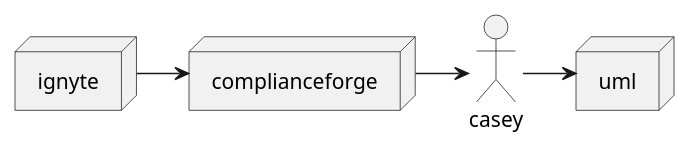
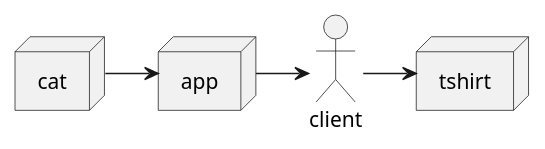
The diagram in ignyteforge-uml.iuml (Ignyte-Assurance-Platform/UML), drawn with PlantUML before and after one commit. The commit also changed other lines of this file, not shown here.

```diff
--- a/ignyteforge-uml.iuml
+++ b/ignyteforge-uml.iuml
@@ -1,10 +1,10 @@
 @startuml
-actor casey
-node complianceforge
-node ignyte
-node uml
+actor client
+node app
+node cat
+node tshirt
 
-ignyte -> complianceforge
-complianceforge -> casey
-casey -> uml
+cat -> app
+app -> client
+client -> tshirt
 @enduml
```
